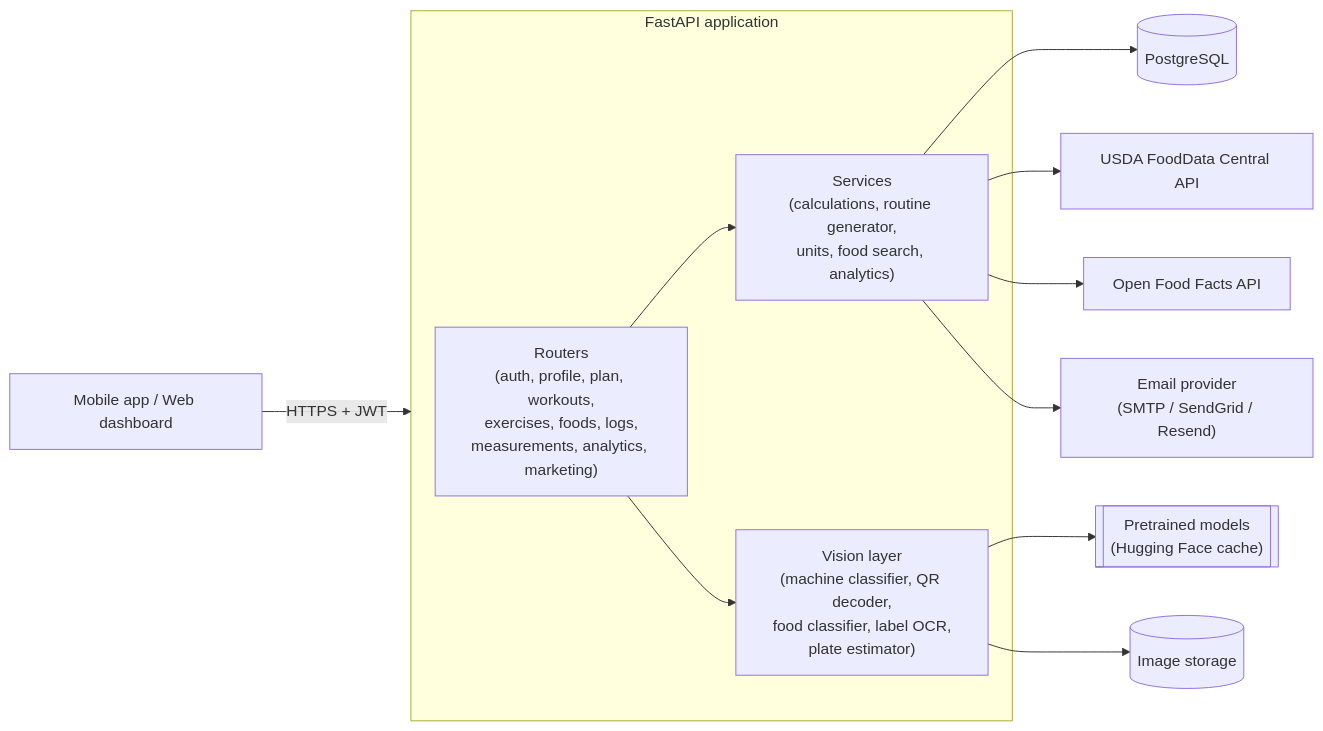
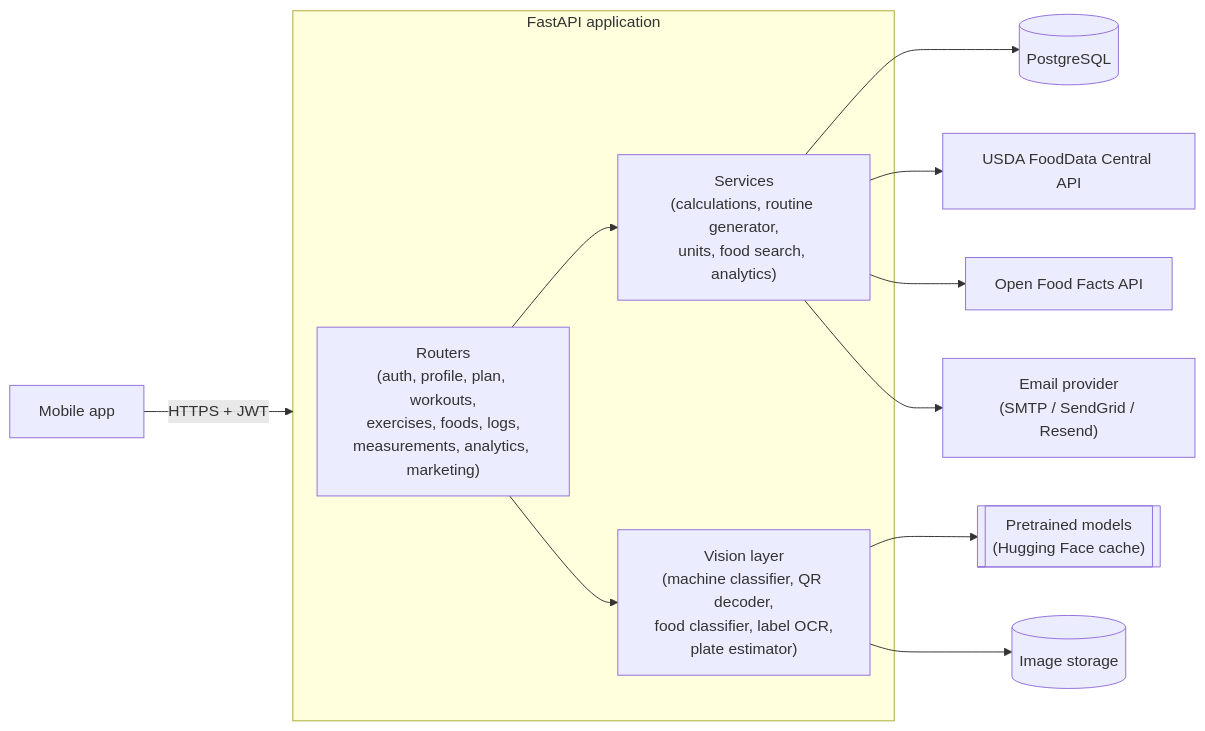
The first of 4 diagrams in fitness_app/ARCHITECTURE.md (EyadAlayed506/fastapi_tutorial), drawn with Mermaid before and after one commit. The commit also changed other lines of this file, not shown here.

First line of the commit message:
Update architecture with mobile, sign-up email, QR, and CPU-only decisions

````diff
--- a/fitness_app/ARCHITECTURE.md
+++ b/fitness_app/ARCHITECTURE.md
@@ -39,19 +39,19 @@
 ```mermaid
 flowchart LR
-    client["Mobile app / Web dashboard"] -->|HTTPS + JWT| api
+    client["Mobile app"] -->|HTTPS + JWT| api
 
     subgraph api["FastAPI application"]
         routers["Routers<br/>(auth, profile, plan, workouts,<br/>exercises, foods, logs,<br/>measurements, analytics, marketing)"]
         services["Services<br/>(calculations, routine generator,<br/>units, food search, analytics)"]
         vision["Vision layer<br/>(machine classifier, QR decoder,<br/>food classifier, label OCR,<br/>plate estimator)"]
         routers --> services
         routers --> vision
     end
 
     services --> db[("PostgreSQL")]
     vision --> models[["Pretrained models<br/>(Hugging Face cache)"]]
     vision --> storage[("Image storage")]
     services --> usda["USDA FoodData Central API"]
     services --> off["Open Food Facts API"]
     services --> mail["Email provider<br/>(SMTP / SendGrid / Resend)"]
 ```
````
